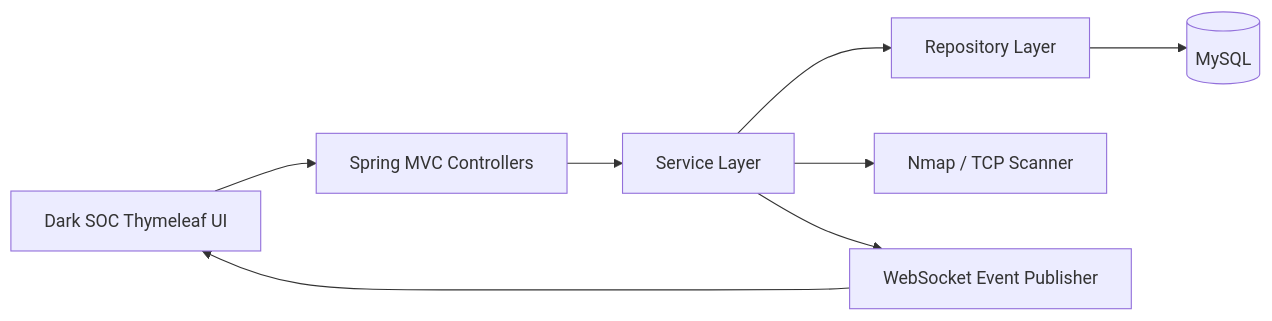
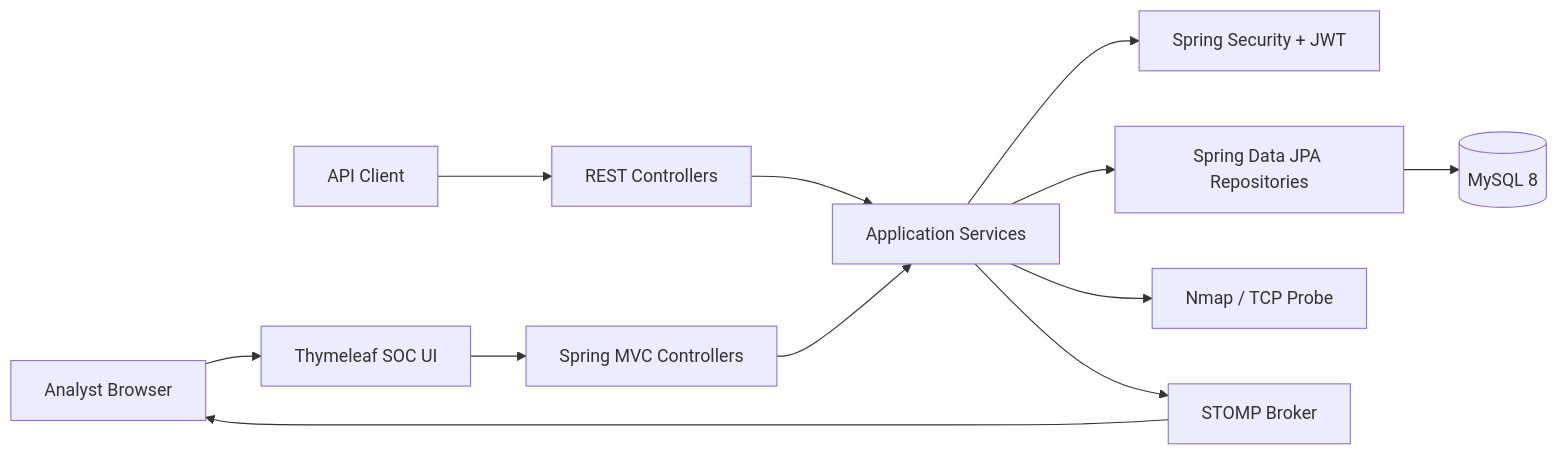
Before and after one commit to Vaishnavi-Anamalamudi/AegisTrace: the first of 4 diagrams in README.md, drawn with Mermaid. The commit also changed other lines of this file and 81 other files, not shown here.

````diff
--- a/README.md
+++ b/README.md
@@ -35,10 +73,14 @@
 ```mermaid
 flowchart LR
-    UI[Dark SOC Thymeleaf UI] --> MVC[Spring MVC Controllers]
-    MVC --> Services[Service Layer]
-    Services --> Repos[Repository Layer]
-    Repos --> DB[(MySQL)]
-    Services --> Scanner[Nmap / TCP Scanner]
-    Services --> WS[WebSocket Event Publisher]
-    WS --> UI
+    Analyst[Analyst Browser] --> UI[Thymeleaf SOC UI]
+    Client[API Client] --> API[REST Controllers]
+    UI --> MVC[Spring MVC Controllers]
+    API --> Services[Application Services]
+    MVC --> Services
+    Services --> Security[Spring Security + JWT]
+    Services --> Repos[Spring Data JPA Repositories]
+    Repos --> DB[(MySQL 8)]
+    Services --> Scanner[Nmap / TCP Probe]
+    Services --> Broker[STOMP Broker]
+    Broker --> Analyst
 ```
````
